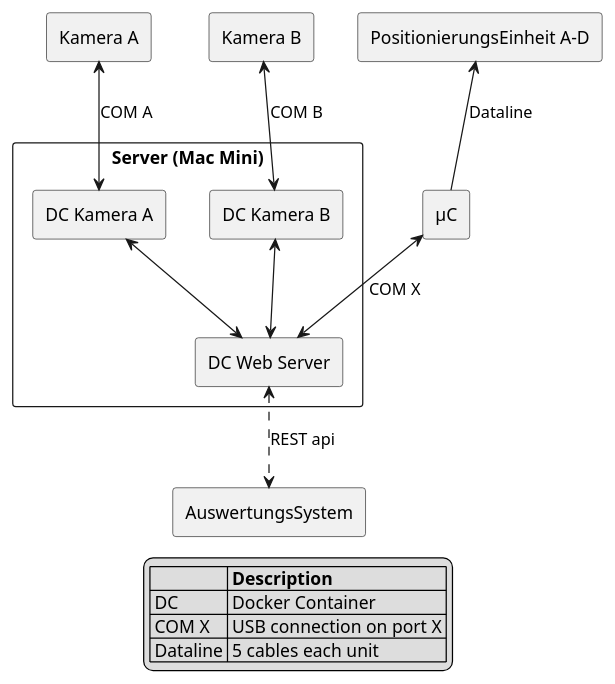
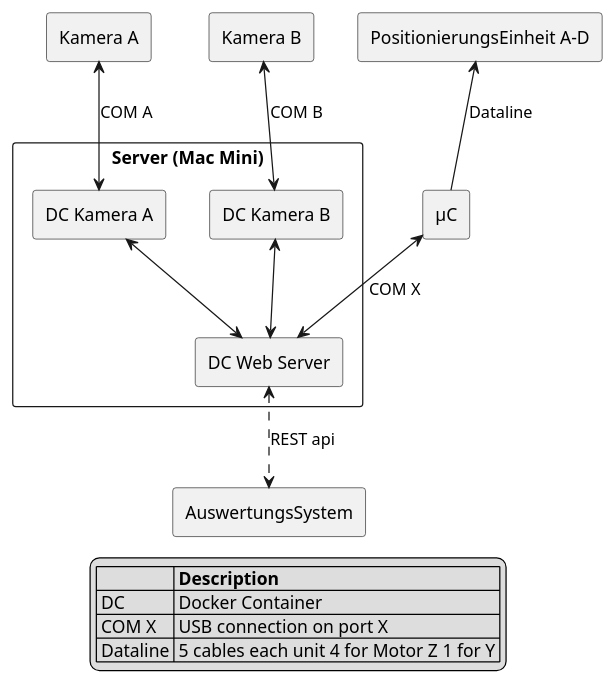
Before and after one commit to Nr44suessauer/I-Scan: the first of 4 diagrams in docs/diagrams/Architecture_Diagramm.puml, drawn with PlantUML. The commit also changed 3 other files, not shown here.

Commit message:
seq diagrams added

```diff
--- a/docs/diagrams/Architecture_Diagramm.puml
+++ b/docs/diagrams/Architecture_Diagramm.puml
@@ -3,39 +3,39 @@
 @startuml SystemArchitecture V1.0
 skinparam packageStyle rect
 skinparam componentStyle rectangle
 
 package "AuswertungsSystem" {
 
 
 }
 
 package "Server (Mac Mini)" {
     [DC Kamera B] <--> [DC Web Server]
     [DC Kamera A] <--> [DC Web Server]
     [DC Web Server] <..> [AuswertungsSystem]:REST api
 }
 
 package "Kamera A" {
     [Kamera A] <--> [DC Kamera A]: COM A
 }
 
 package "Kamera B" {
     [Kamera B] <--> [DC Kamera B]: COM B
 }
 
 package "µC" {
   [µC] <--> [DC Web Server]: COM X 
 }
 
 package "PositionierungsEinheit A-D" {
   [PositionierungsEinheit A-D] <-- [µC]: Dataline 
 }
 
 legend
     |=  |= Description |
     | DC| Docker Container |
     | COM X | USB connection on port X |
-    | Dataline | 5 cables each unit |
+    | Dataline | 5 cables each unit 4 for Motor Z 1 for Y |
 endlegend
 
 @enduml 
```
